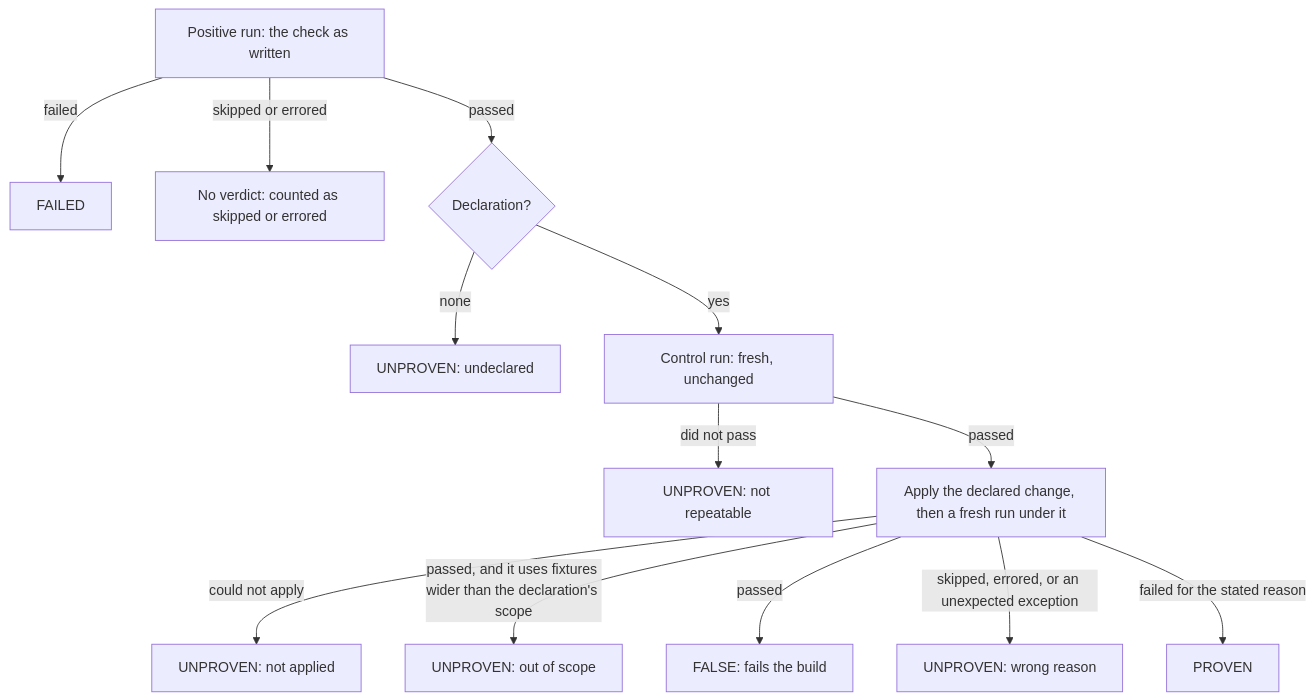
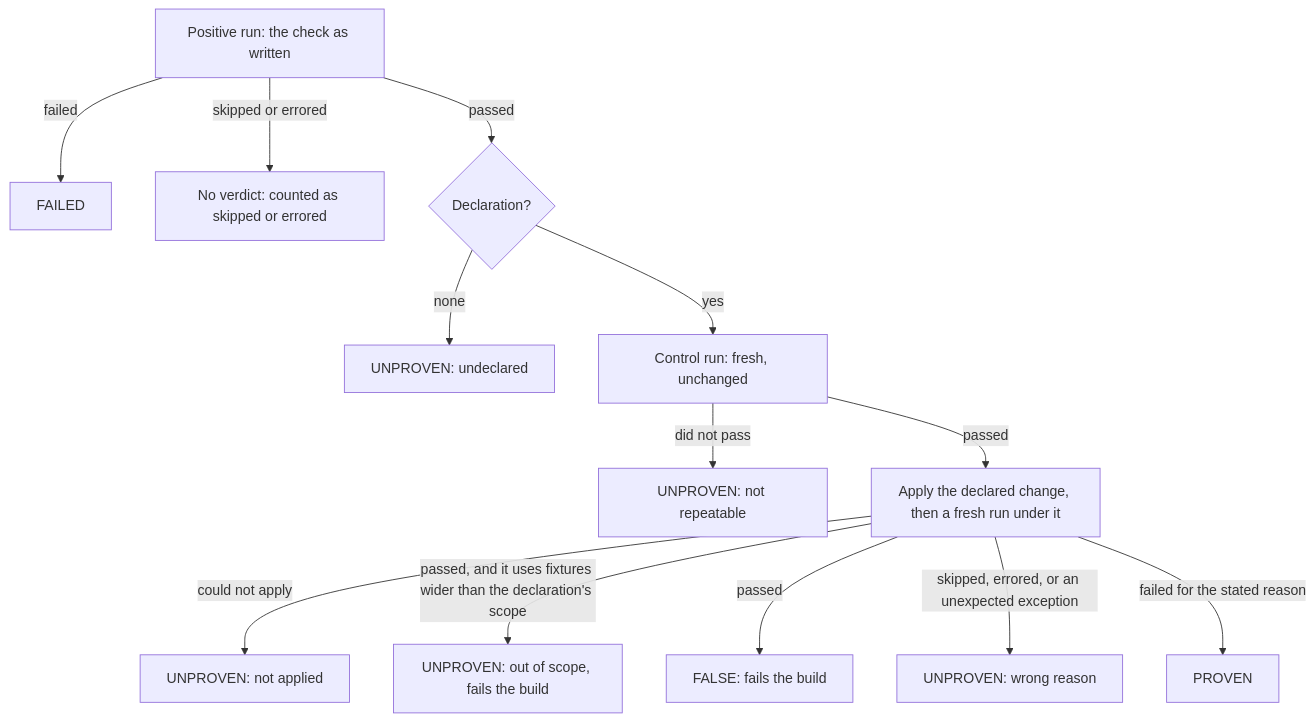
Before and after one commit to nlangman/falsetto: the diagram in README.md, drawn with Mermaid. The commit also changed other lines of this file and 17 other files, not shown here.

````diff
--- a/README.md
+++ b/README.md
@@ -46,15 +46,15 @@
 ```mermaid
 flowchart TD
     A[Positive run: the check as written] -->|failed| F[FAILED]
     A -->|skipped or errored| N[No verdict: counted as skipped or errored]
     A -->|passed| D{Declaration?}
     D -->|none| U1[UNPROVEN: undeclared]
     D -->|yes| C[Control run: fresh, unchanged]
     C -->|did not pass| U2[UNPROVEN: not repeatable]
     C -->|passed| P[Apply the declared change, then a fresh run under it]
     P -->|could not apply| U3[UNPROVEN: not applied]
-    P -->|passed, and it uses fixtures wider than the declaration's scope| U4[UNPROVEN: out of scope]
+    P -->|passed, and it uses fixtures wider than the declaration's scope| U4[UNPROVEN: out of scope, fails the build]
     P -->|passed| X[FALSE: fails the build]
     P -->|skipped, errored, or an unexpected exception| U5[UNPROVEN: wrong reason]
     P -->|failed for the stated reason| PR[PROVEN]
 ```
````
